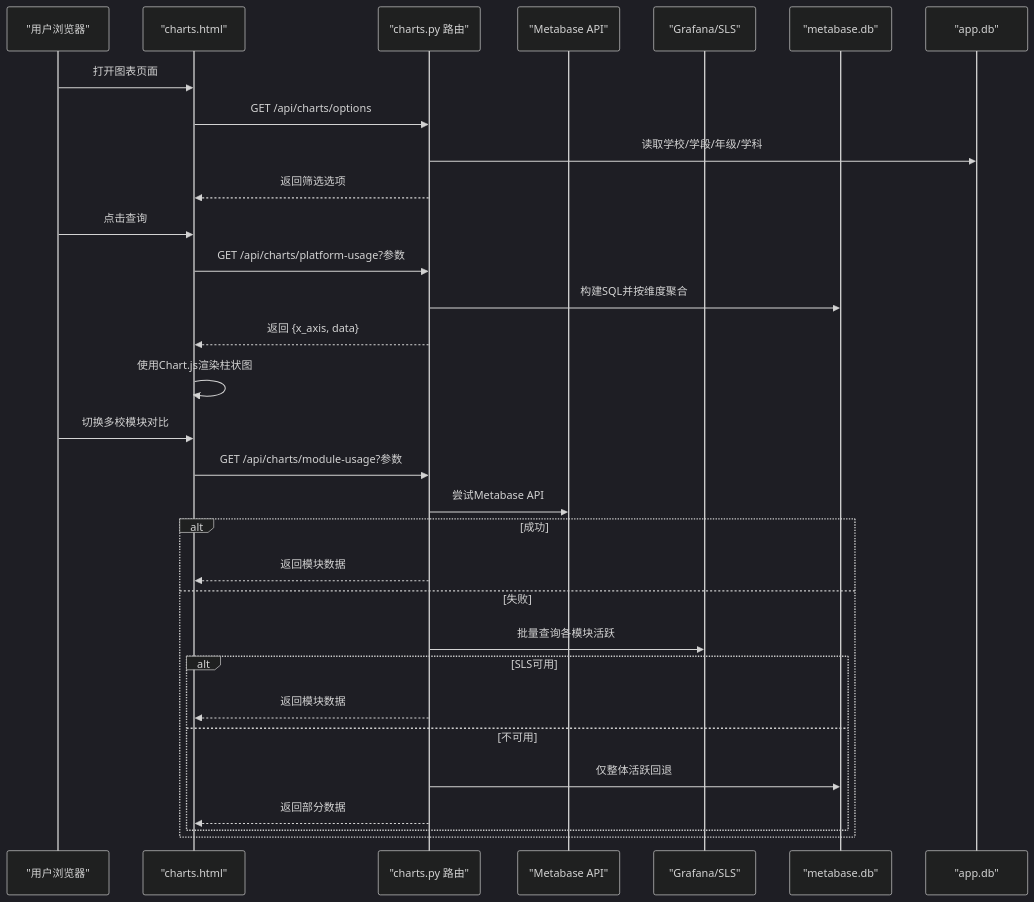
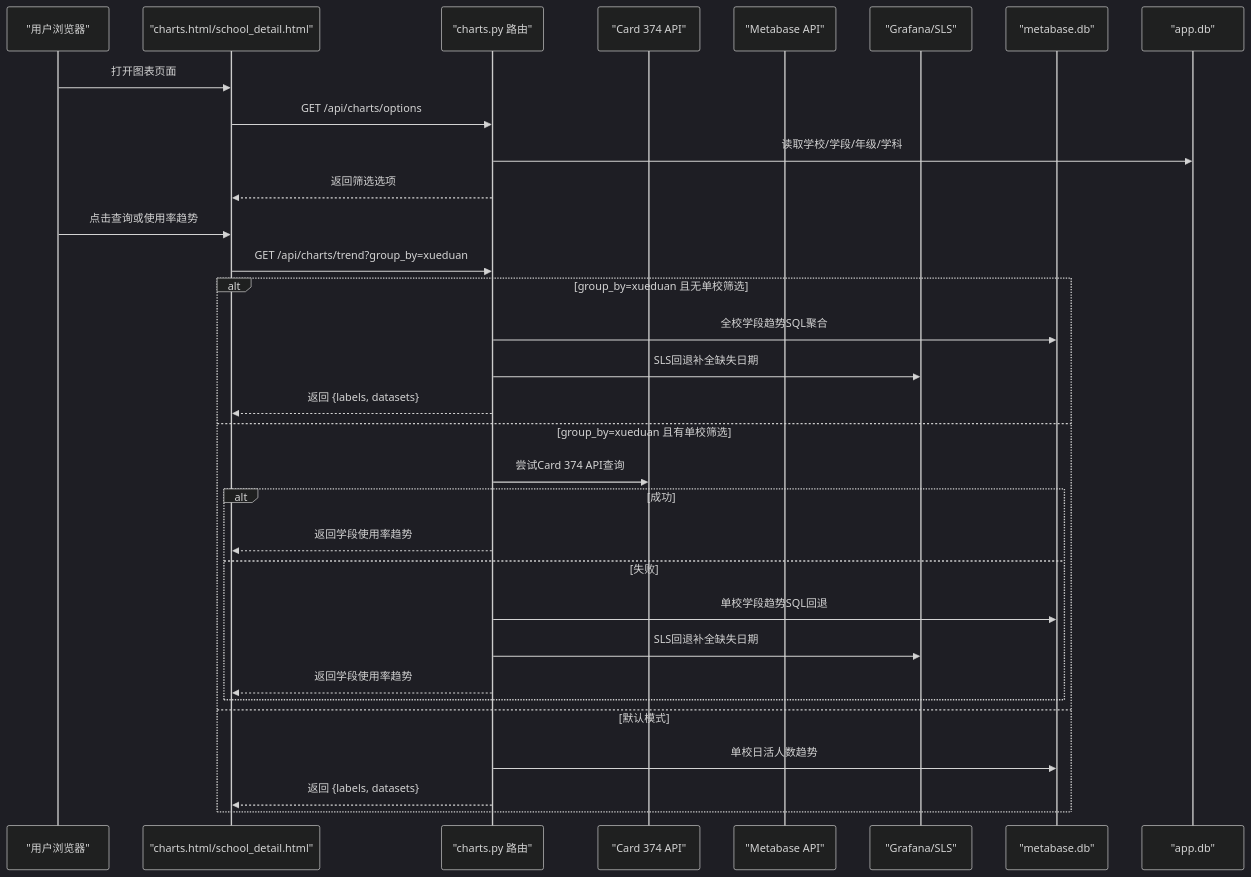
Before and after one commit to oreovan567-pixel/middle-platform-data-collector: the second of 6 diagrams in .qoder/repowiki/zh/content/Web应用/路由系统/图表分析路由.md, drawn with Mermaid (dark theme). The commit also changed other lines of this file and 9 other files, not shown here.

````diff
--- a/.qoder/repowiki/zh/content/Web应用/路由系统/图表分析路由.md
+++ b/.qoder/repowiki/zh/content/Web应用/路由系统/图表分析路由.md
@@ -71,33 +77,34 @@
 ```mermaid
 sequenceDiagram
 participant U as "用户浏览器"
-participant FE as "charts.html"
+participant FE as "charts.html/school_detail.html"
 participant API as "charts.py 路由"
+participant CARD374 as "Card 374 API"
 participant MB as "Metabase API"
 participant SLS as "Grafana/SLS"
 participant MBD as "metabase.db"
 participant APP as "app.db"
 U->>FE : 打开图表页面
 FE->>API : GET /api/charts/options
 API->>APP : 读取学校/学段/年级/学科
 API-->>FE : 返回筛选选项
-U->>FE : 点击查询
-FE->>API : GET /api/charts/platform-usage?参数
-API->>MBD : 构建SQL并按维度聚合
-API-->>FE : 返回 {x_axis, data}
-FE->>FE : 使用Chart.js渲染柱状图
-U->>FE : 切换多校模块对比
-FE->>API : GET /api/charts/module-usage?参数
-API->>MB : 尝试Metabase API
+U->>FE : 点击查询或使用率趋势
+FE->>API : GET /api/charts/trend?group_by=xueduan
+alt group_by=xueduan 且无单校筛选
+API->>MBD : 全校学段趋势SQL聚合
+API->>SLS : SLS回退补全缺失日期
+API-->>FE : 返回 {labels, datasets}
+else group_by=xueduan 且有单校筛选
+API->>CARD374 : 尝试Card 374 API查询
 alt 成功
-API-->>FE : 返回模块数据
+API-->>FE : 返回学段使用率趋势
 else 失败
-API->>SLS : 批量查询各模块活跃
-alt SLS可用
-API-->>FE : 返回模块数据
-else 不可用
-API->>MBD : 仅整体活跃回退
-API-->>FE : 返回部分数据
+API->>MBD : 单校学段趋势SQL回退
+API->>SLS : SLS回退补全缺失日期
+API-->>FE : 返回学段使用率趋势
 end
+else 默认模式
+API->>MBD : 单校日活人数趋势
+API-->>FE : 返回 {labels, datasets}
 end
 ```
````
